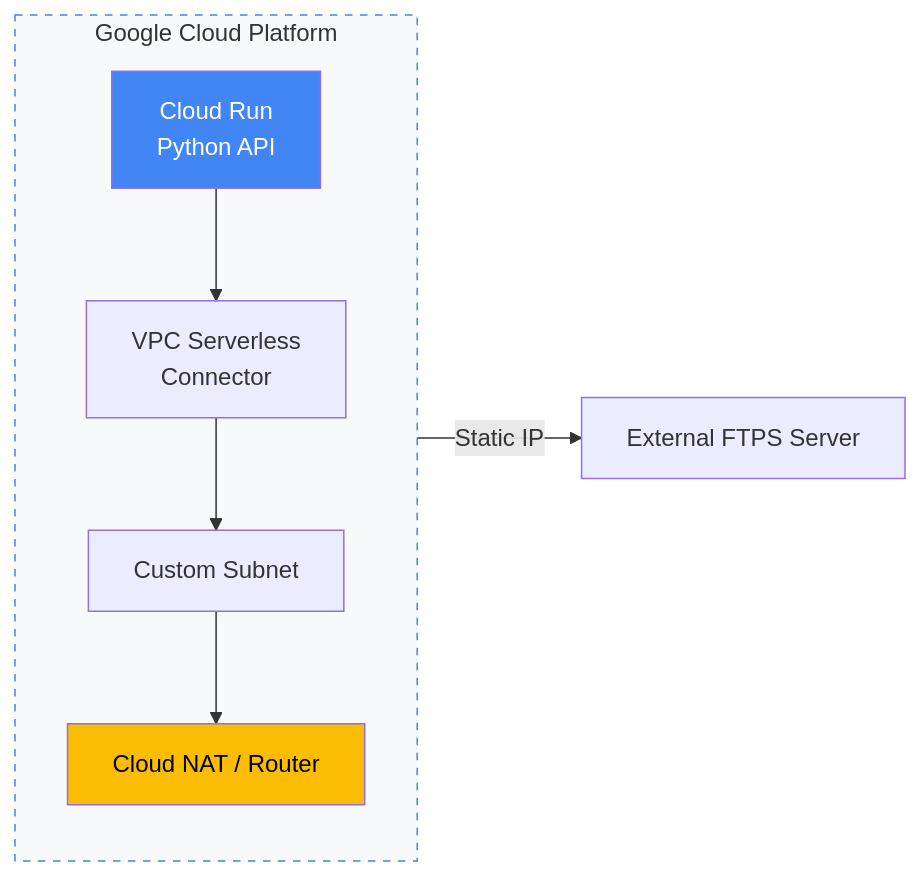
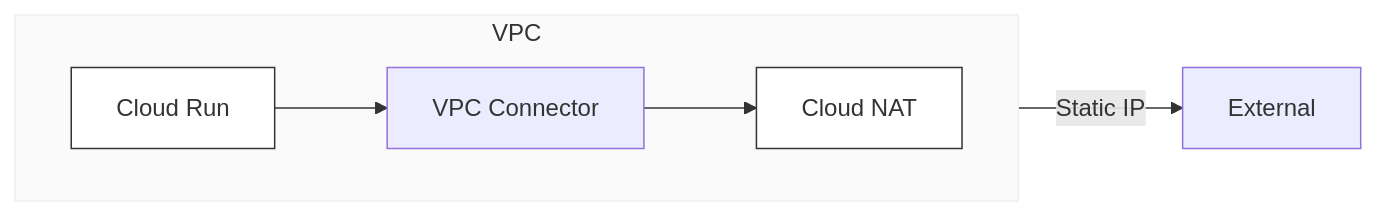
The diagram in README.md (conti0513/development_public), drawn with Mermaid before and after one commit. The commit also changed other lines of this file, not shown here.

````diff
--- a/README.md
+++ b/README.md
@@ -9,18 +9,14 @@
 ```mermaid
 graph LR
-    subgraph Google_Cloud [Google Cloud Platform]
-        direction TB
-        CR[Cloud Run<br/>Python API] 
-        SVC[VPC Serverless<br/>Connector]
-        SN[Custom Subnet]
-        NAT[Cloud NAT / Router]
+    subgraph VPC
+        direction LR
+        CR[Cloud Run] --> SVC[VPC Connector]
+        SVC --> NAT[Cloud NAT]
     end
-    
-    CR --> SVC --> SN --> NAT
-    NAT -->|Static IP| FTPS[External FTPS Server]
+    NAT -->|Static IP| Ext[External]
 
-    style CR fill:#4285F4,color:#fff
-    style NAT fill:#FBBC04,color:#000
-    style Google_Cloud fill:#f8f9fa,stroke:#4285F4,stroke-dasharray: 5 5
+    style CR fill:#fff,stroke:#333
+    style NAT fill:#fff,stroke:#333
+    style VPC fill:#fafafa,stroke:#eee
 
 ```
````
